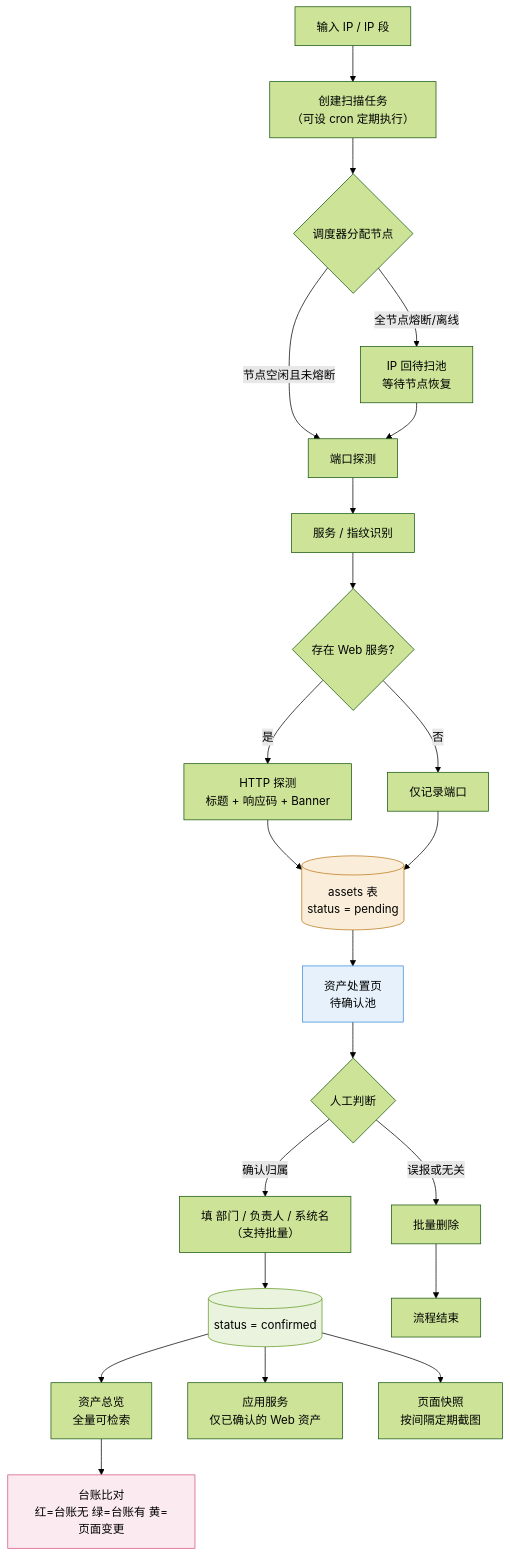
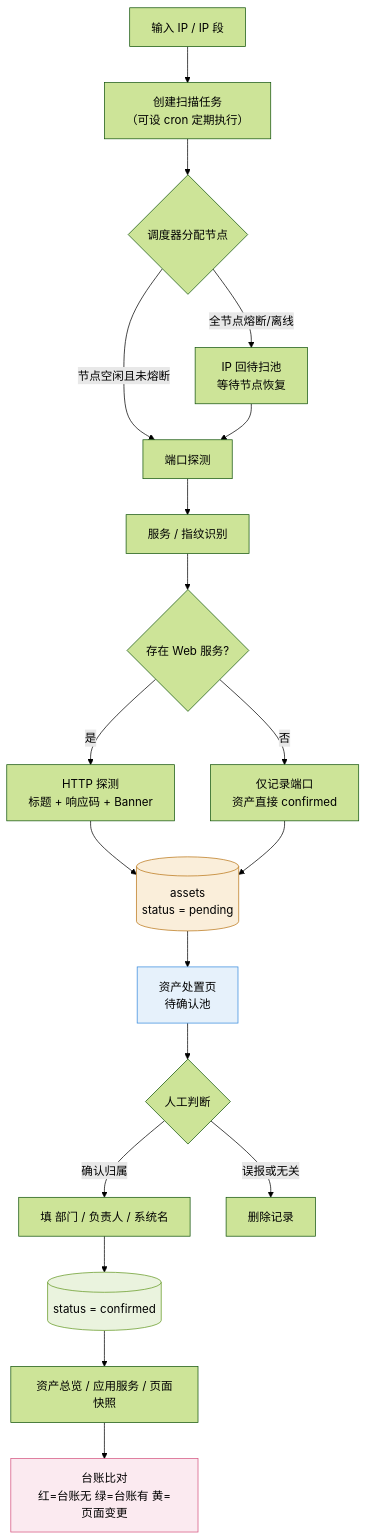
One commit to RongSec/CyberLook changed the first of 5 diagrams in README.md. Above: the diagram before and after it, drawn with Mermaid (forest theme). The commit also changed other lines of this file and 87 other files, not shown here.

````diff
--- a/README.md
+++ b/README.md
@@ -119,34 +117,29 @@
 ```mermaid
 flowchart TD
     A["输入 IP / IP 段"] --> B["创建扫描任务<br/>（可设 cron 定期执行）"]
     B --> C{"调度器分配节点"}
     C -->|"节点空闲且未熔断"| D["端口探测"]
     C -->|"全节点熔断/离线"| C1["IP 回待扫池<br/>等待节点恢复"] --> D
 
     D --> E["服务 / 指纹识别"]
     E --> F{"存在 Web 服务?"}
     F -->|"是"| G["HTTP 探测<br/>标题 + 响应码 + Banner"]
-    F -->|"否"| H["仅记录端口"]
+    F -->|"否"| H["仅记录端口<br/>资产直接 confirmed"]
 
-    G --> I[("assets 表<br/>status = pending")]
+    G --> I[("assets<br/>status = pending")]
     H --> I
 
     I --> J["资产处置页<br/>待确认池"]
     J --> K{"人工判断"}
-    K -->|"确认归属"| L["填 部门 / 负责人 / 系统名<br/>（支持批量）"]
-    K -->|"误报或无关"| M["批量删除"]
+    K -->|"确认归属"| L["填 部门 / 负责人 / 系统名"]
+    K -->|"误报或无关"| M["删除记录"]
 
     L --> N[("status = confirmed")]
-    M --> Z["流程结束"]
-
-    N --> O["资产总览<br/>全量可检索"]
-    N --> P["应用服务<br/>仅已确认的 Web 资产"]
-    N --> Q["页面快照<br/>按间隔定期截图"]
-
+    N --> O["资产总览 / 应用服务 / 页面快照"]
     O --> R["台账比对<br/>红=台账无 绿=台账有 黄=页面变更"]
 
     style I fill:#FAEEDA,stroke:#BA7517
     style N fill:#EAF3DE,stroke:#639922
     style J fill:#E6F1FB,stroke:#378ADD
     style R fill:#FBEAF0,stroke:#D4537E
 ```
````
